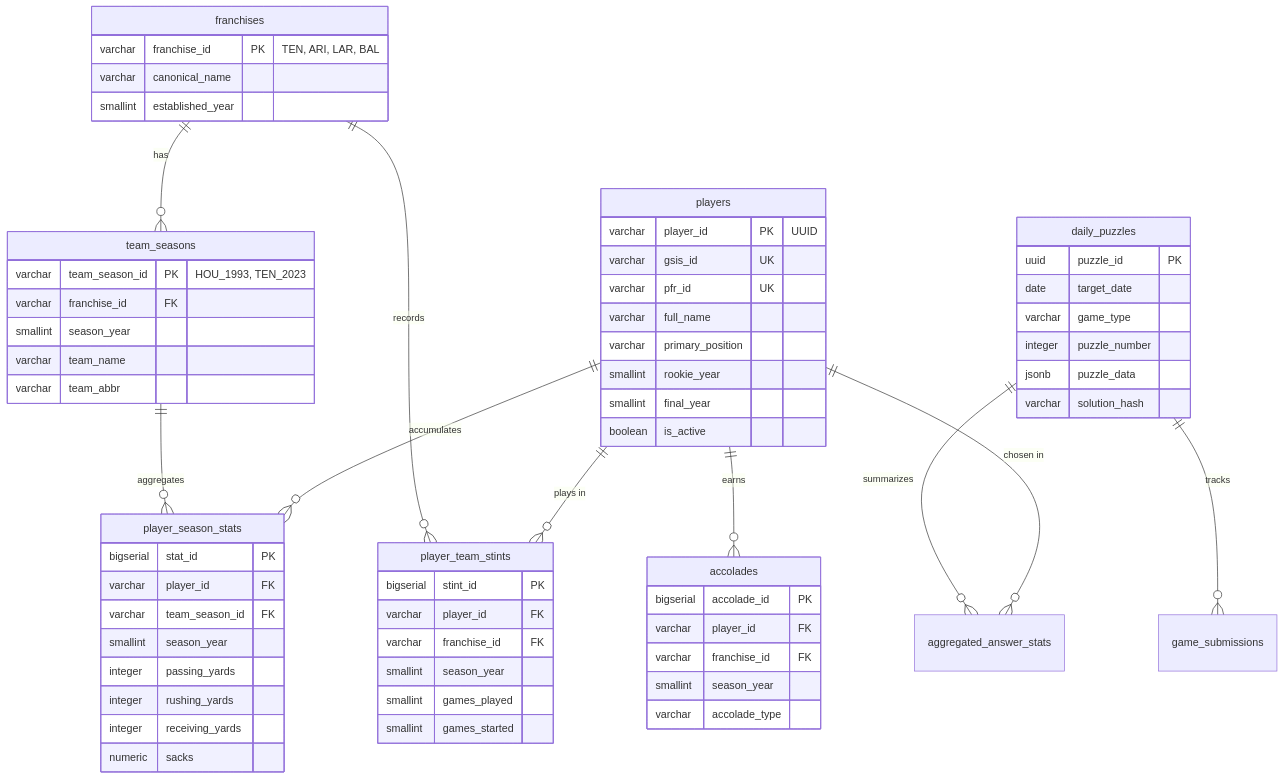
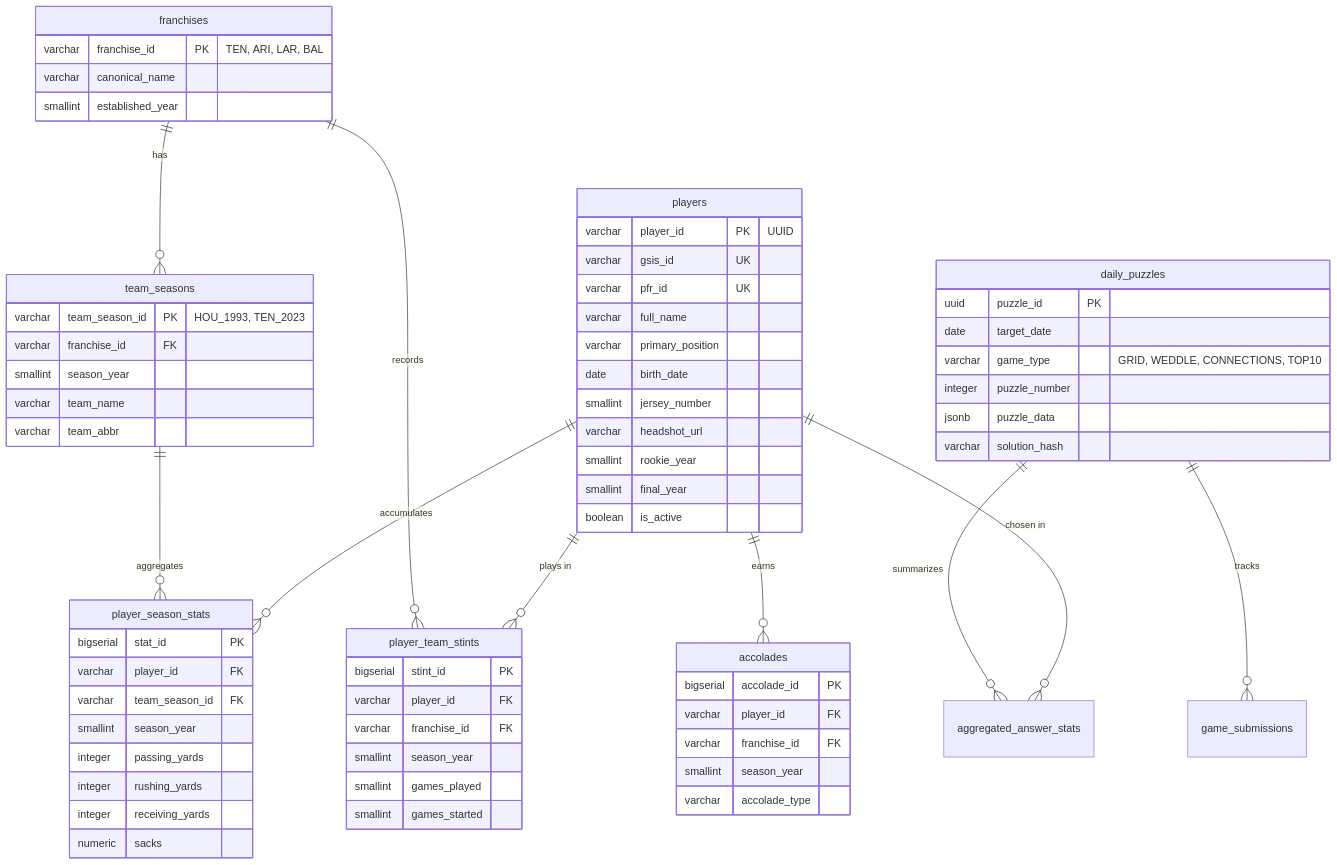
One commit to TomasIFerreyra/nfl-games changed the diagram in README.md. Above: the diagram before and after it, drawn with Mermaid. The commit also changed other lines of this file, not shown here.

Commit message:
docs: document Weddle game mode, mechanics, invariants, and schema updates in README

````diff
--- a/README.md
+++ b/README.md
@@ -84,74 +105,77 @@
 ```mermaid
 erDiagram
     franchises ||--o{ team_seasons : "has"
     franchises ||--o{ player_team_stints : "records"
     team_seasons ||--o{ player_season_stats : "aggregates"
     players ||--o{ player_team_stints : "plays in"
     players ||--o{ player_season_stats : "accumulates"
     players ||--o{ accolades : "earns"
     daily_puzzles ||--o{ game_submissions : "tracks"
     daily_puzzles ||--o{ aggregated_answer_stats : "summarizes"
     players ||--o{ aggregated_answer_stats : "chosen in"
 
     franchises {
         varchar franchise_id PK "TEN, ARI, LAR, BAL"
         varchar canonical_name
         smallint established_year
     }
 
     team_seasons {
         varchar team_season_id PK "HOU_1993, TEN_2023"
         varchar franchise_id FK
         smallint season_year
         varchar team_name
         varchar team_abbr
     }
 
     players {
         varchar player_id PK "UUID"
         varchar gsis_id UK
         varchar pfr_id UK
         varchar full_name
         varchar primary_position
+        date birth_date
+        smallint jersey_number
+        varchar headshot_url
         smallint rookie_year
         smallint final_year
         boolean is_active
     }
 
     player_team_stints {
         bigserial stint_id PK
         varchar player_id FK
         varchar franchise_id FK
         smallint season_year
         smallint games_played
         smallint games_started
     }
 
     player_season_stats {
         bigserial stat_id PK
         varchar player_id FK
         varchar team_season_id FK
         smallint season_year
         integer passing_yards
         integer rushing_yards
         integer receiving_yards
         numeric sacks
     }
 
     accolades {
         bigserial accolade_id PK
         varchar player_id FK
         varchar franchise_id FK
         smallint season_year
         varchar accolade_type
     }
 
     daily_puzzles {
         uuid puzzle_id PK
         date target_date
-        varchar game_type
+        varchar game_type "GRID, WEDDLE, CONNECTIONS, TOP10"
         integer puzzle_number
         jsonb puzzle_data
         varchar solution_hash
     }
 ```
````
